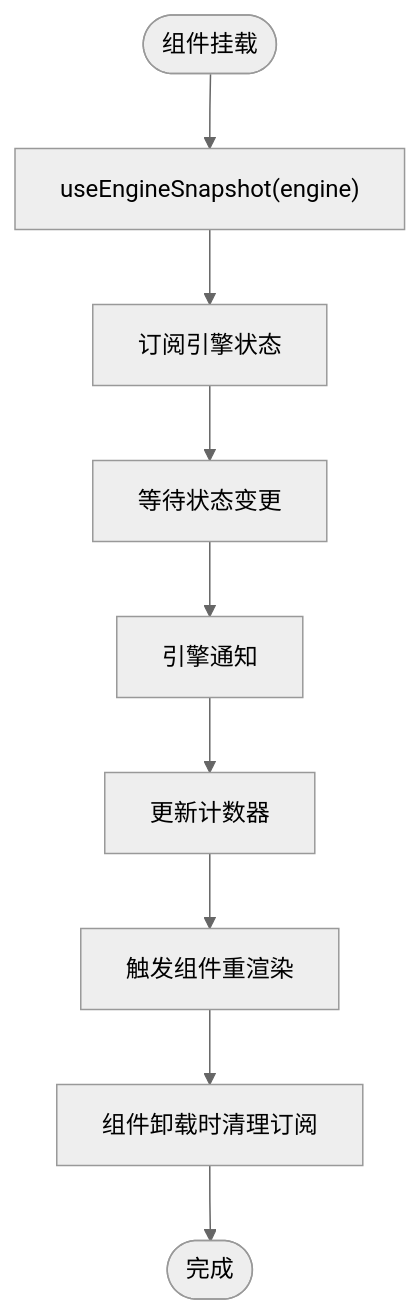
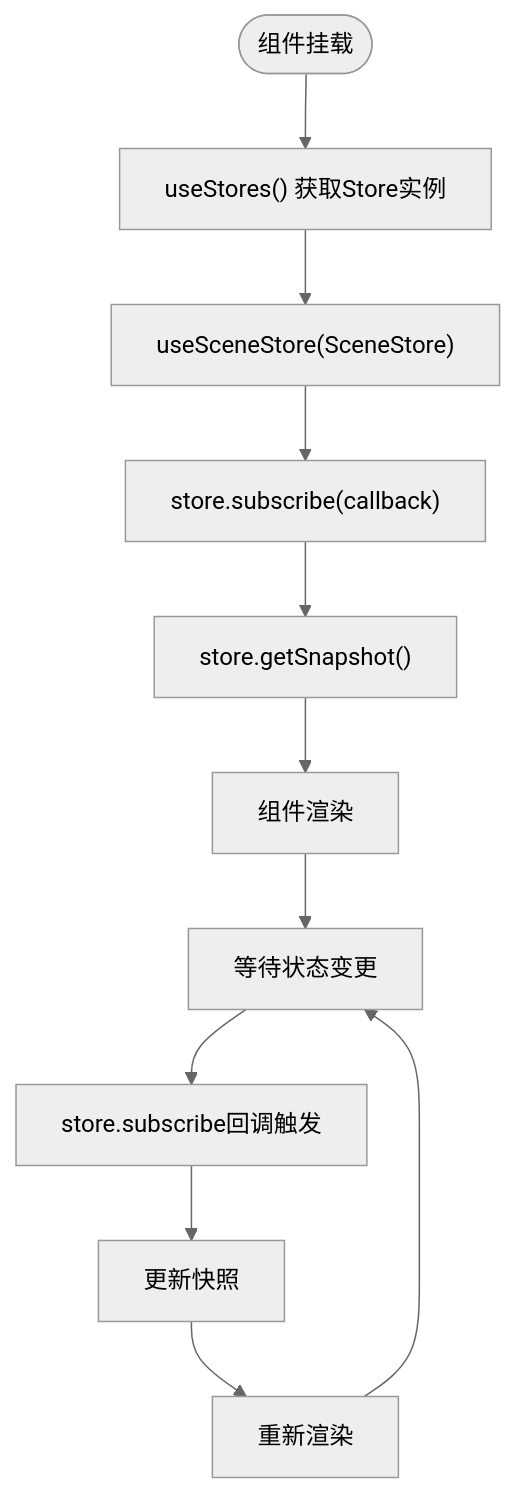
Before and after one commit to Anna0314zy/ai_editor_enginer: the seventh of 14 diagrams in .qoder/repowiki/zh/content/核心架构/核心架构.md, drawn with Mermaid (neutral theme). The commit also changed other lines of this file and 17 other files, not shown here.

````diff
--- a/.qoder/repowiki/zh/content/核心架构/核心架构.md
+++ b/.qoder/repowiki/zh/content/核心架构/核心架构.md
@@ -328,11 +572,13 @@
 ```mermaid
 flowchart TD
-Start(["组件挂载"]) --> CreateHook["useEngineSnapshot(engine)"]
-CreateHook --> Subscribe["订阅引擎状态"]
-Subscribe --> Wait["等待状态变更"]
-Wait --> Notify["引擎通知"]
-Notify --> UpdateCounter["更新计数器"]
-UpdateCounter --> TriggerRender["触发组件重渲染"]
-TriggerRender --> Cleanup["组件卸载时清理订阅"]
-Cleanup --> End(["完成"])
+Start(["组件挂载"]) --> GetStores["useStores() 获取Store实例"]
+GetStores --> UseStoreHook["useSceneStore(SceneStore)"]
+UseStoreHook --> Subscribe["store.subscribe(callback)"]
+Subscribe --> GetSnapshot["store.getSnapshot()"]
+GetSnapshot --> Render["组件渲染"]
+Render --> Wait["等待状态变更"]
+Wait --> Callback["store.subscribe回调触发"]
+Callback --> UpdateSnapshot["更新快照"]
+UpdateSnapshot --> ReRender["重新渲染"]
+ReRender --> Wait
 ```
````
